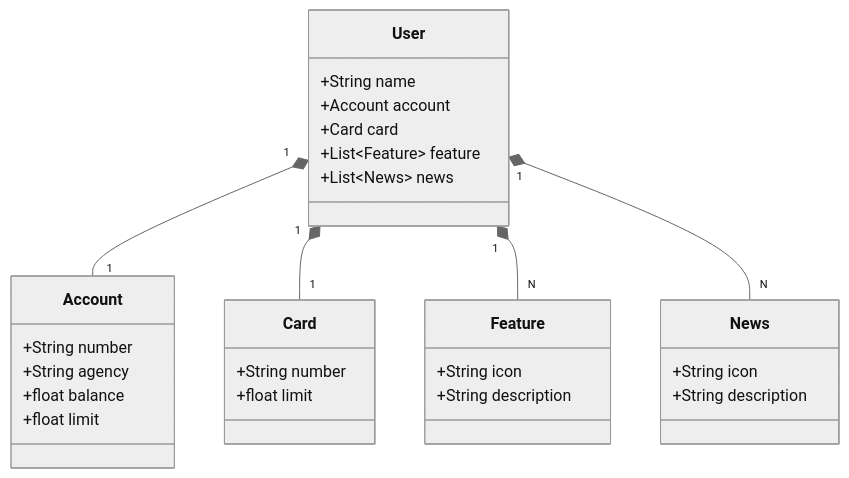
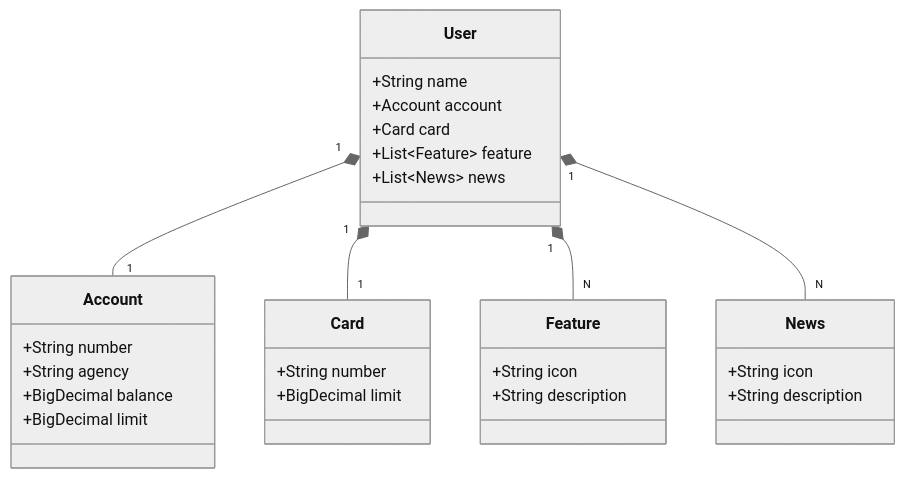
Before and after one commit to iagobarross/minha-primeira-api-restful: the diagram in README.md, drawn with Mermaid (neutral theme). The commit also changed other lines of this file, not shown here.

````diff
--- a/README.md
+++ b/README.md
@@ -5,39 +20,32 @@
 ```mermaid
-  
-    classDiagram
+classDiagram
   class User {
       +String name
       +Account account
       +Card card
       +List~Feature~ feature
       +List~News~ news
   }
-
   class Account {
       +String number
       +String agency
-      +float balance
-      +float limit
+      +BigDecimal balance
+      +BigDecimal limit
   }
-
   class Feature {
       +String icon
       +String description
   }
-
   class Card {
       +String number
-      +float limit
+      +BigDecimal limit
   }
-
   class News {
       +String icon
       +String description
   }
-
   User "1" *-- "1" Account
   User "1" *-- "1" Card
   User "1" *-- "N" Feature
   User "1" *-- "N" News
-
 ```
````
